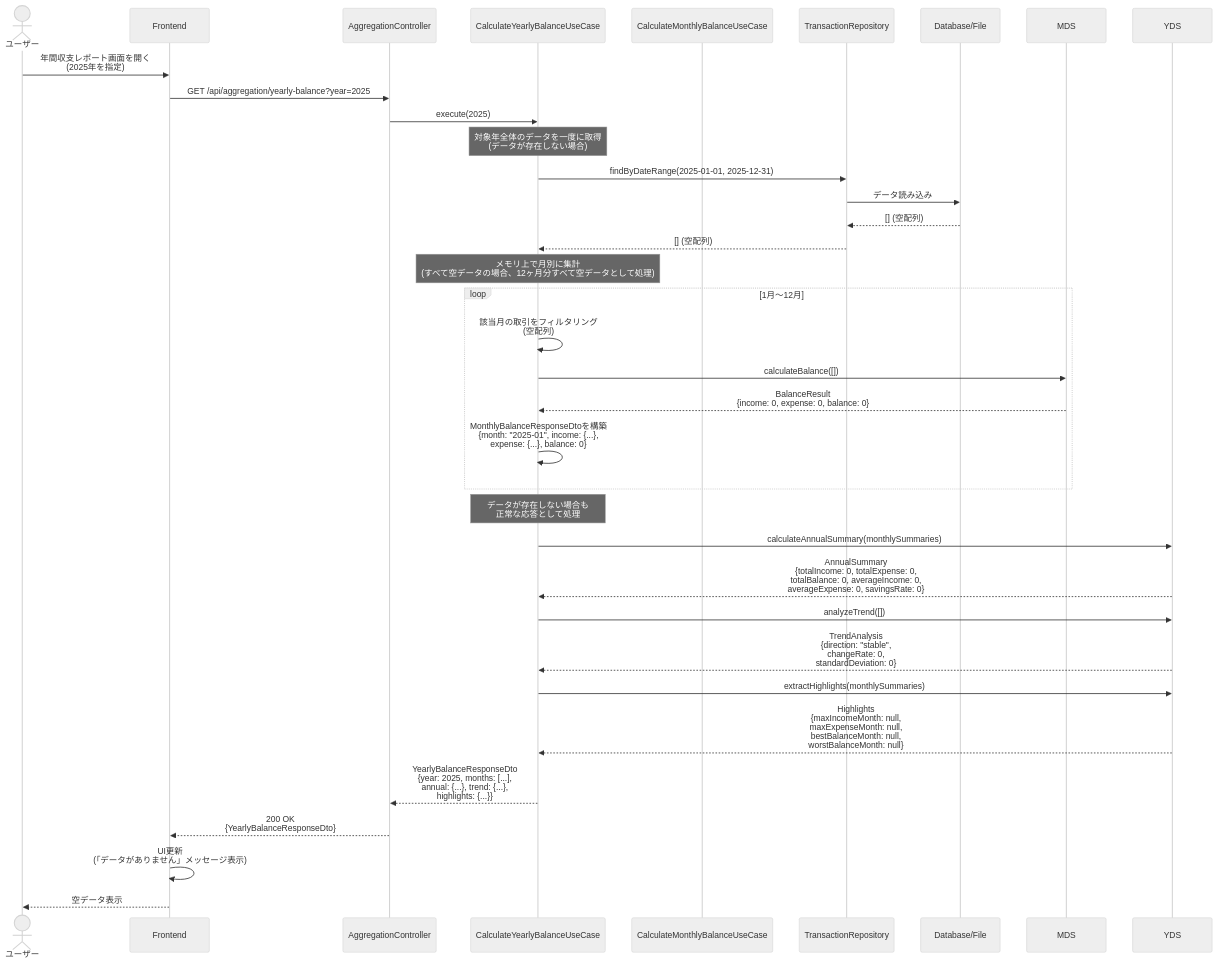
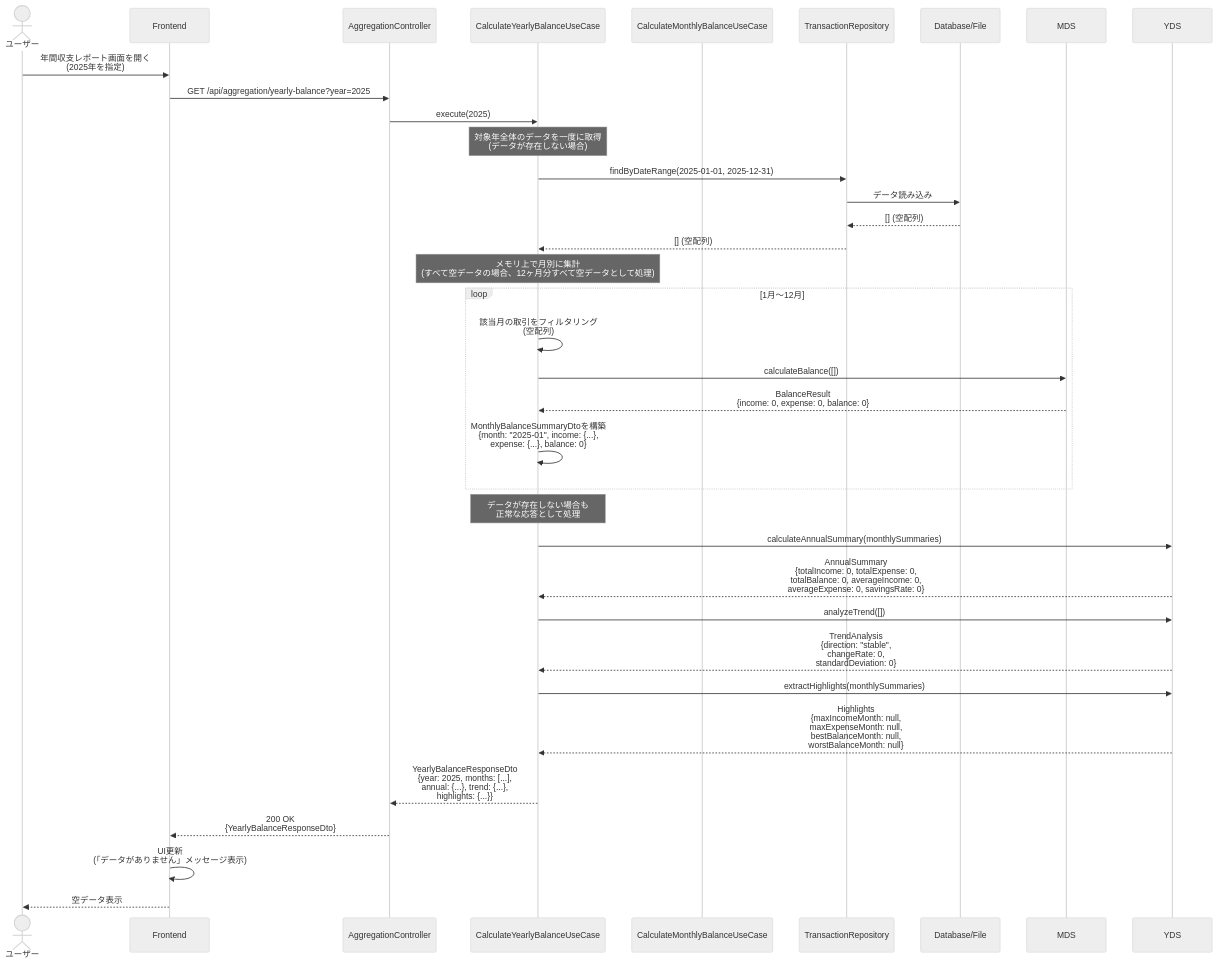
The second of 5 diagrams in docs/detailed-design/FR-020_yearly-balance-aggregation/sequence-diagrams.md (kencom2400/account-book), drawn with Mermaid (neutral theme) before and after one commit. The commit also changed other lines of this file, not shown here.

First line of the commit message:
docs: sequence-diagrams.mdのMonthlyBalanceResponseDtoをすべてMonthlyBalanceSummaryDtoに修正

````diff
--- a/docs/detailed-design/FR-020_yearly-balance-aggregation/sequence-diagrams.md
+++ b/docs/detailed-design/FR-020_yearly-balance-aggregation/sequence-diagrams.md
@@ -128,45 +128,45 @@
 ```mermaid
 sequenceDiagram
     actor User as ユーザー
     participant FE as Frontend
     participant API as AggregationController
     participant UC as CalculateYearlyBalanceUseCase
     participant MonthlyUC as CalculateMonthlyBalanceUseCase
     participant Repo as TransactionRepository
     participant DB as Database/File
 
     User->>FE: 年間収支レポート画面を開く<br/>(2025年を指定)
     FE->>API: GET /api/aggregation/yearly-balance?year=2025
 
     API->>UC: execute(2025)
 
     Note over UC: 対象年全体のデータを一度に取得<br/>(データが存在しない場合)
     UC->>Repo: findByDateRange(2025-01-01, 2025-12-31)
     Repo->>DB: データ読み込み
     DB-->>Repo: [] (空配列)
     Repo-->>UC: [] (空配列)
 
     Note over UC: メモリ上で月別に集計<br/>(すべて空データの場合、12ヶ月分すべて空データとして処理)
     loop 1月〜12月
         UC->>UC: 該当月の取引をフィルタリング<br/>(空配列)
         UC->>MDS: calculateBalance([])
         MDS-->>UC: BalanceResult<br/>{income: 0, expense: 0, balance: 0}
-        UC->>UC: MonthlyBalanceResponseDtoを構築<br/>{month: "2025-01", income: {...},<br/>expense: {...}, balance: 0}
+        UC->>UC: MonthlyBalanceSummaryDtoを構築<br/>{month: "2025-01", income: {...},<br/>expense: {...}, balance: 0}
     end
 
     Note over UC: データが存在しない場合も<br/>正常な応答として処理
     UC->>YDS: calculateAnnualSummary(monthlySummaries)
     YDS-->>UC: AnnualSummary<br/>{totalIncome: 0, totalExpense: 0,<br/>totalBalance: 0, averageIncome: 0,<br/>averageExpense: 0, savingsRate: 0}
 
     UC->>YDS: analyzeTrend([])
     YDS-->>UC: TrendAnalysis<br/>{direction: "stable",<br/>changeRate: 0,<br/>standardDeviation: 0}
 
     UC->>YDS: extractHighlights(monthlySummaries)
     YDS-->>UC: Highlights<br/>{maxIncomeMonth: null,<br/>maxExpenseMonth: null,<br/>bestBalanceMonth: null,<br/>worstBalanceMonth: null}
 
     UC-->>API: YearlyBalanceResponseDto<br/>{year: 2025, months: [...],<br/>annual: {...}, trend: {...},<br/>highlights: {...}}
 
     API-->>FE: 200 OK<br/>{YearlyBalanceResponseDto}
     FE->>FE: UI更新<br/>(「データがありません」メッセージ表示)
     FE-->>User: 空データ表示
 ```
````
